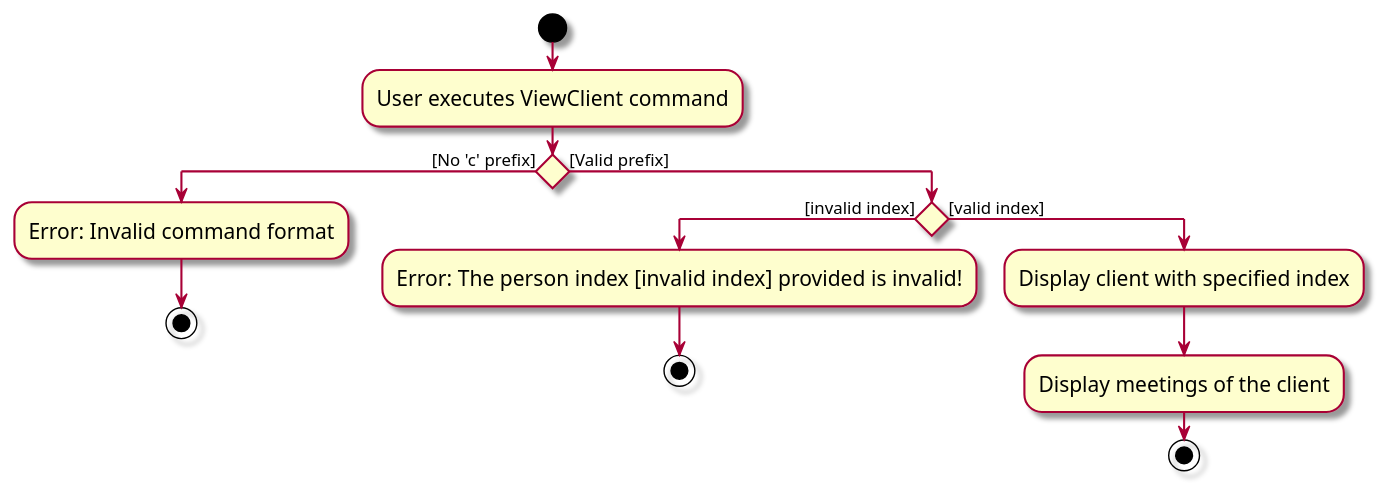
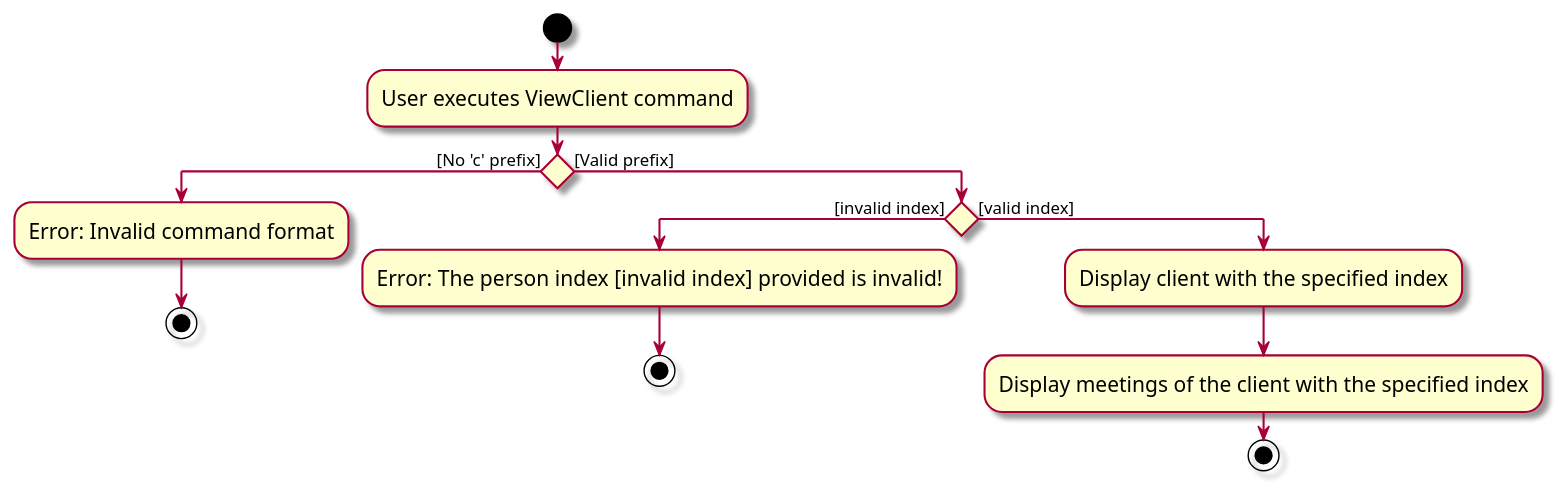
The diagram in docs/diagrams/ViewClientActivityDiagram.puml (sethteo/tp), drawn with PlantUML before and after one commit. The commit also changed 1 other file, not shown here.

```diff
--- a/docs/diagrams/ViewClientActivityDiagram.puml
+++ b/docs/diagrams/ViewClientActivityDiagram.puml
@@ -1,21 +1,21 @@
 @startuml
 skin rose
 skinparam ActivityFontSize 15
 skinparam ArrowFontSize 12
 start
 :User executes ViewClient command;
 
 if () then ([No 'c' prefix])
     -Error: Invalid command format
     stop
 else ([Valid prefix])
     if () then ([invalid index])
     -Error: The person index [invalid index] provided is invalid!
     stop
     else([valid index])
-        :Display client with specified index;
-        :Display meetings of the client;
+        :Display client with the specified index;
+        :Display meetings of the client with the specified index;
         stop
 
 endif
 @enduml
```
